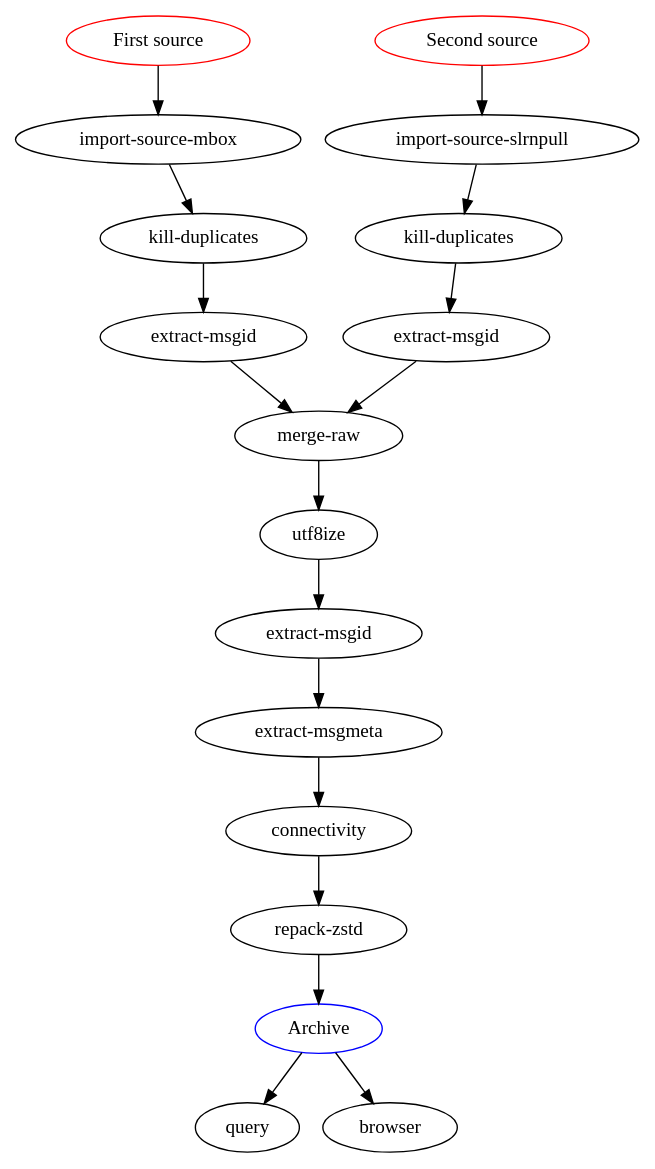
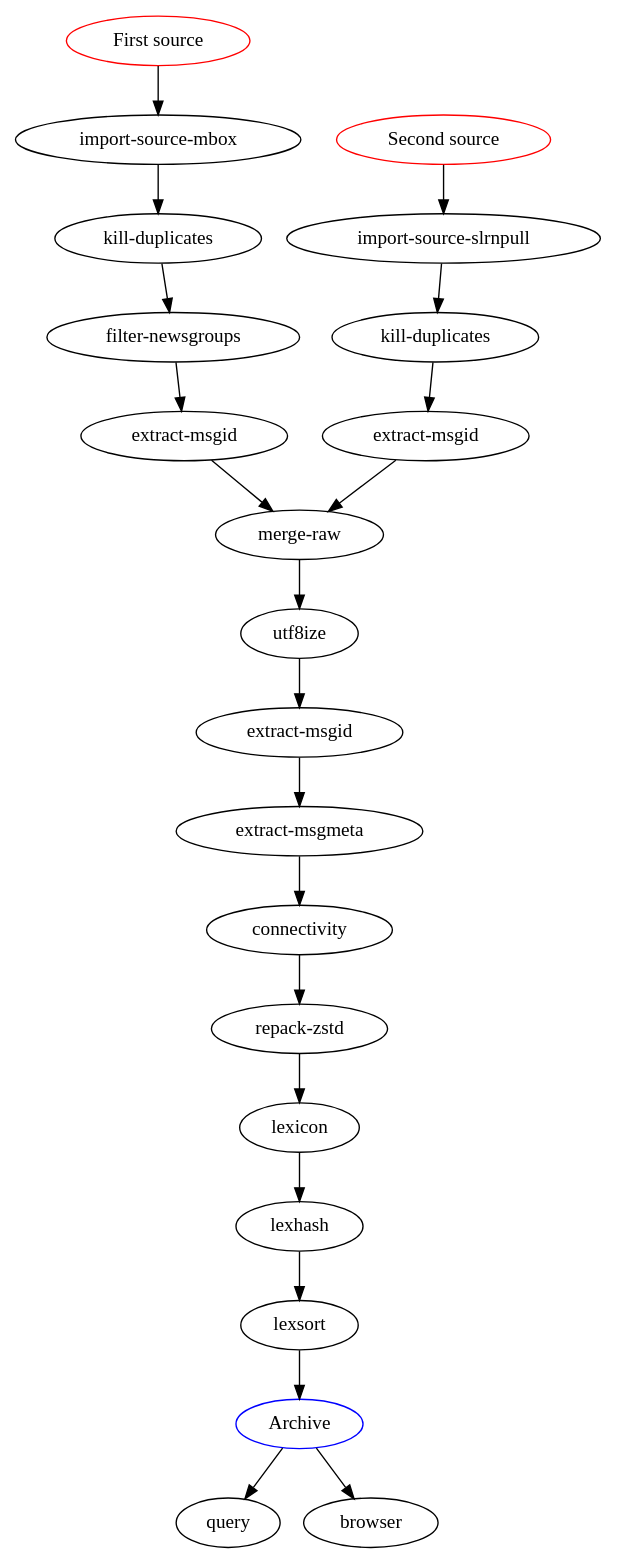
Before and after one commit to wolfpld/usenetarchive: the diagram in doc/pipeline.dot, drawn with Graphviz. The commit also changed 1 other file, not shown here.

```diff
--- a/doc/pipeline.dot
+++ b/doc/pipeline.dot
@@ -1,37 +1,42 @@
 digraph
 {
     src1[label="First source", color=red];
     src2[label="Second source", color=red];
     dst1[label="Archive", color=blue];
 
     mbox[label="import-source-mbox"];
     slrnpull[label="import-source-slrnpull"];
 
     kill1[label="kill-duplicates"];
     kill2[label="kill-duplicates"];
 
     msgid1[label="extract-msgid"];
     msgid2[label="extract-msgid"];
     msgid3[label="extract-msgid"];
 
+    filter[label="filter-newsgroups"];
     merge[label="merge-raw"];
     msgmeta[label="extract-msgmeta"];
     repack[label="repack-zstd"];
 
     src1 -> mbox;
     src2 -> slrnpull;
     mbox -> kill1;
     slrnpull -> kill2;
-    kill1 -> msgid1;
+    kill1 -> filter;
+    filter -> msgid1;
     kill2 -> msgid2;
     msgid1 -> merge;
     msgid2 -> merge;
     merge -> utf8ize;
     utf8ize -> msgid3;
     msgid3 -> msgmeta;
     msgmeta -> connectivity;
     connectivity -> repack;
-    repack -> dst1;
+    repack -> lexicon;
+    lexicon -> lexhash;
+    lexhash -> lexsort;
+    lexsort -> dst1;
     dst1 -> query;
     dst1 -> browser;
 }
```
